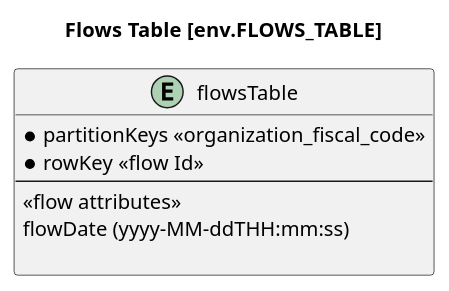
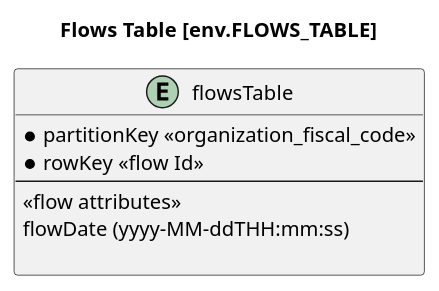
The diagram in reporting-analysis/doc/db/flowsTable.puml (pagopa/pagopa-debt-position), drawn with PlantUML before and after one commit.

Commit message:
minor fix

```diff
--- a/reporting-analysis/doc/db/flowsTable.puml
+++ b/reporting-analysis/doc/db/flowsTable.puml
@@ -1,15 +1,15 @@
 @startuml Flows Table
 
 title Flows Table [env.FLOWS_TABLE]
 
 entity flowsTable {
-  * partitionKeys <<organization_fiscal_code>>
+  * partitionKey <<organization_fiscal_code>>
   * rowKey <<flow Id>>
   --
   <<flow attributes>>
   flowDate (yyyy-MM-ddTHH:mm:ss)
 
 }
 
 
 @enduml
```
